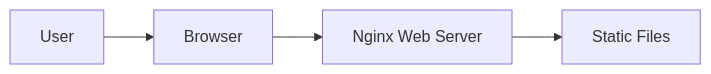
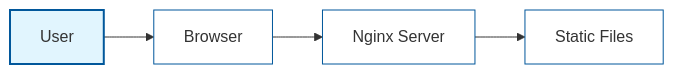
One commit to asyncapi/website changed the sixth of 6 diagrams in markdown/docs/tools/studio/architecture.md. Above: the diagram before and after it, drawn with Mermaid. The commit also changed other lines of this file, not shown here.

Commit message:
modify architecture diagrams

````diff
--- a/markdown/docs/tools/studio/architecture.md
+++ b/markdown/docs/tools/studio/architecture.md
@@ -181,6 +225,14 @@
 ```mermaid
-graph LR;
-  A[User] --> B[Browser]
-  B --> C[Nginx Web Server]
-  C --> D[Static Files]
+graph LR
+    classDef user fill:#e1f5fe,stroke:#01579b,stroke-width:2px
+    classDef service fill:#fff,stroke:#01579b,stroke-width:1px
+
+    U[User]:::user
+    B[Browser]:::service
+    N[Nginx Server]:::service
+    SF[Static Files]:::service
+
+    U --> B
+    B --> N
+    N --> SF
 ```
````
